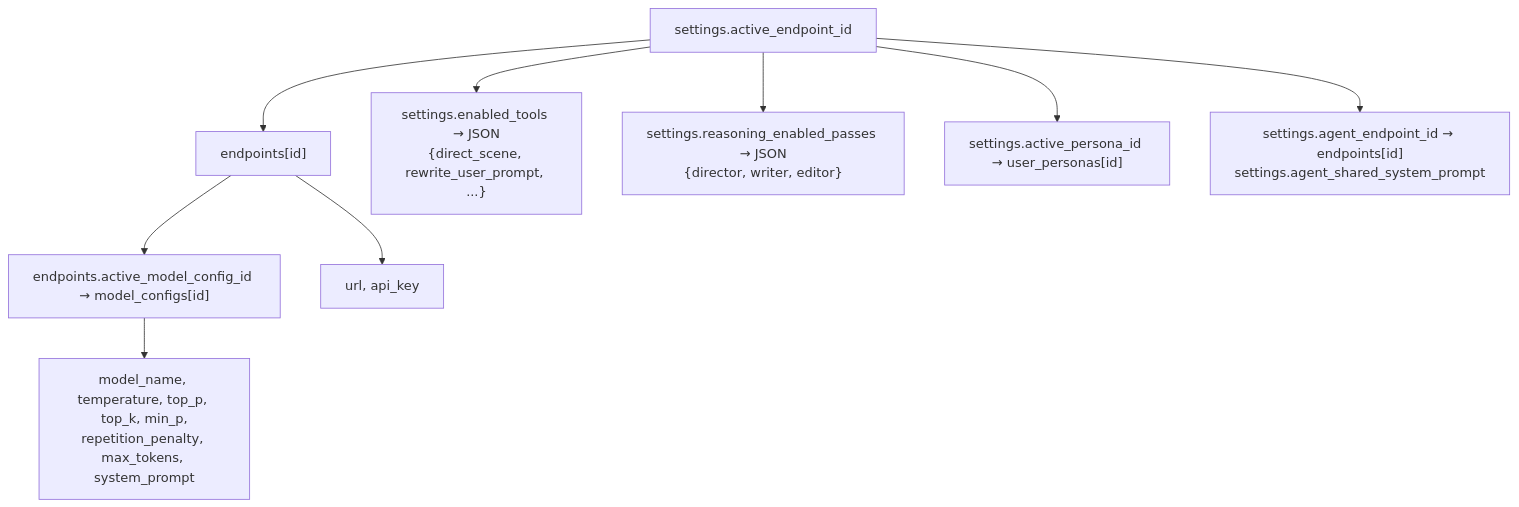
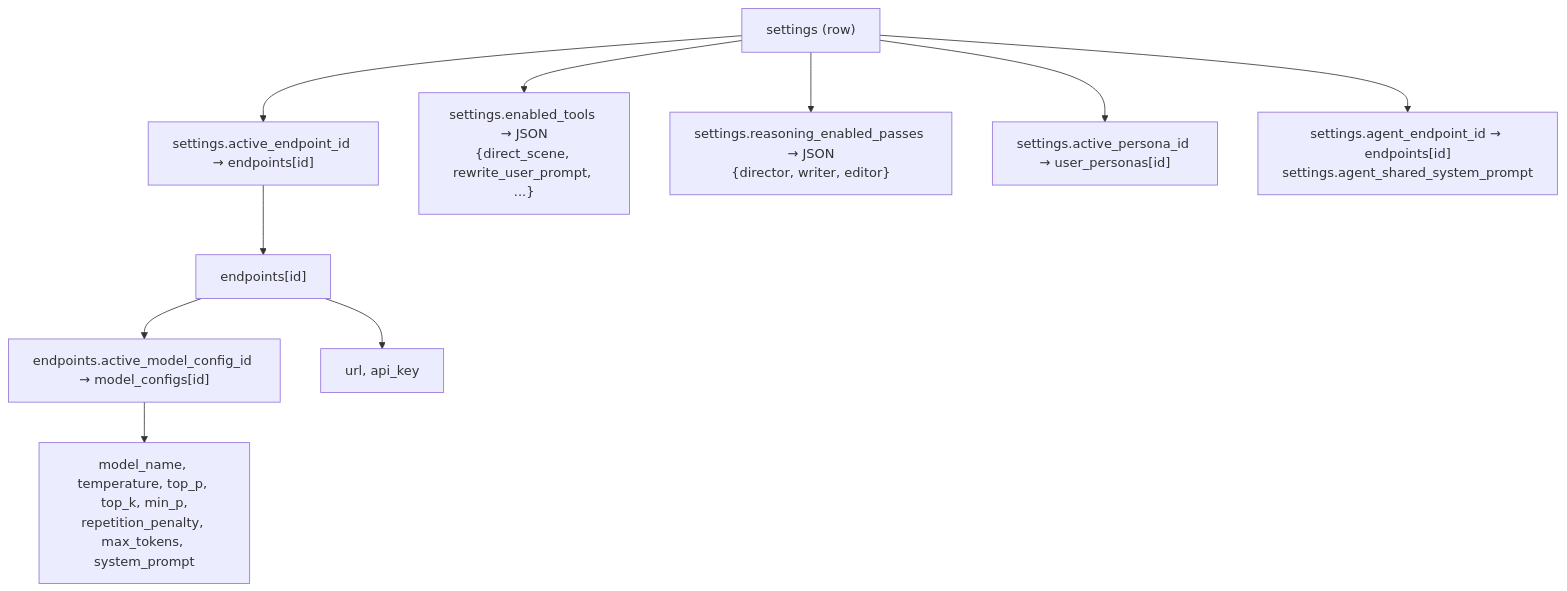
The fourth of 4 diagrams in AGENTS.md (OrbFrontend/Orb), drawn with Mermaid before and after one commit. The commit also changed 5 other files, not shown here.

````diff
--- a/AGENTS.md
+++ b/AGENTS.md
@@ -314,12 +314,13 @@
 ```mermaid
 flowchart TD
-    settings["settings.active_endpoint_id"] --> endpoints["endpoints[id]"]
-    endpoints --> model_config["endpoints.active_model_config_id → model_configs[id]"]
-    model_config --> params["model_name, temperature, top_p, top_k, min_p,<br/>repetition_penalty, max_tokens, system_prompt"]
-    endpoints --> api_details["url, api_key"]
-
+    settings["settings (row)"] --> active_endpoint["settings.active_endpoint_id → endpoints[id]"]
     settings --> enabled_tools["settings.enabled_tools → JSON<br/>{direct_scene, rewrite_user_prompt, ...}"]
     settings --> reasoning["settings.reasoning_enabled_passes → JSON<br/>{director, writer, editor}"]
     settings --> persona["settings.active_persona_id → user_personas[id]"]
     settings --> agent["settings.agent_endpoint_id → endpoints[id]<br/>settings.agent_shared_system_prompt"]
+
+    active_endpoint --> endpoints["endpoints[id]"]
+    endpoints --> model_config["endpoints.active_model_config_id → model_configs[id]"]
+    endpoints --> api_details["url, api_key"]
+    model_config --> params["model_name, temperature, top_p, top_k, min_p,<br/>repetition_penalty, max_tokens, system_prompt"]
 ```
````
